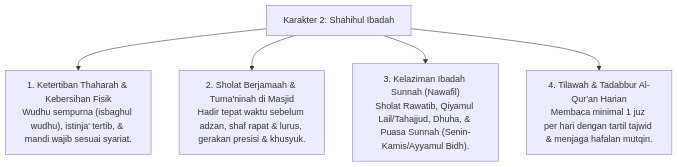
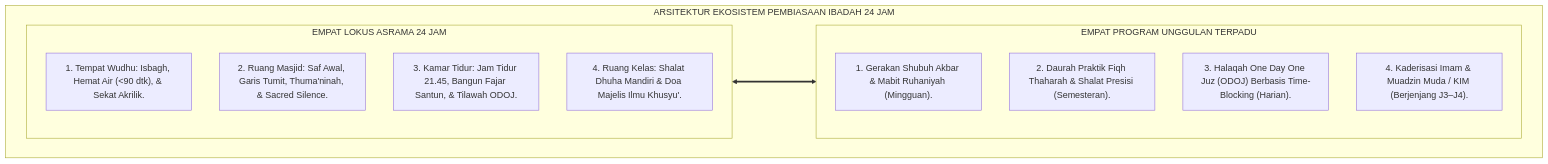
Before and after one commit to wandiapriliyandi/tumbuh: the fifth of 7 diagrams in 03 Capacity Framework/05 Shahihul Ibadah/P3-05-Shahihul-Ibadah-Induk.md, drawn with Mermaid. The commit also changed other lines of this file and 15 other files, not shown here.

Commit message:
docs(domain-05): complete comprehensive research monographs for 05 Shahihul Ibadah (14 sub-modules + master doc + README)

````diff
--- a/03 Capacity Framework/05 Shahihul Ibadah/P3-05-Shahihul-Ibadah-Induk.md
+++ b/03 Capacity Framework/05 Shahihul Ibadah/P3-05-Shahihul-Ibadah-Induk.md
@@ -10,9 +174,21 @@
 ```mermaid
-graph TD
-    Ibadah["Karakter 2: Shahihul Ibadah"]
-    
-    Ibadah --> D1["1. Ketertiban Thaharah & Kebersihan Fisik<br/>Wudhu sempurna (isbaghul wudhu), istinja' tertib, & mandi wajib sesuai syariat."]
-    Ibadah --> D2["2. Sholat Berjamaah & Tuma'ninah di Masjid<br/>Hadir tepat waktu sebelum adzan, shaf rapat & lurus, gerakan presisi & khusyuk."]
-    Ibadah --> D3["3. Kelaziman Ibadah Sunnah (Nawafil)<br/>Sholat Rawatib, Qiyamul Lail/Tahajjud, Dhuha, & Puasa Sunnah (Senin-Kamis/Ayyamul Bidh)."]
-    Ibadah --> D4["4. Tilawah & Tadabbur Al-Qur'an Harian<br/>Membaca minimal 1 juz per hari dengan tartil tajwid & menjaga hafalan mutqin."]
+flowchart TD
+    subgraph EkosistemPembiasaan24JamTUMBUH["ARSITEKTUR EKOSISTEM PEMBIASAAN IBADAH 24 JAM"]
+        
+        subgraph EmpatLokus["EMPAT LOKUS ASRAMA 24 JAM"]
+            L1["1. Tempat Wudhu: Isbagh, Hemat Air (<90 dtk), & Sekat Akrilik."]
+            L2["2. Ruang Masjid: Saf Awal, Garis Tumit, Thuma'ninah, & Sacred Silence."]
+            L3["3. Kamar Tidur: Jam Tidur 21.45, Bangun Fajar Santun, & Tilawah ODOJ."]
+            L4["4. Ruang Kelas: Shalat Dhuha Mandiri & Doa Majelis Ilmu Khusyu'."]
+        end
+        
+        subgraph EmpatProgram["EMPAT PROGRAM UNGGULAN TERPADU"]
+            P1_["1. Gerakan Shubuh Akbar & Mabit Ruhaniyah (Mingguan)."]
+            P2_["2. Daurah Praktik Fiqh Thaharah & Shalat Presisi (Semesteran)."]
+            P3_["3. Halaqah One Day One Juz (ODOJ) Berbasis Time-Blocking (Harian)."]
+            P4_["4. Kaderisasi Imam & Muadzin Muda / KIM (Berjenjang J3–J4)."]
+        end
+        
+        EmpatLokus <===> EmpatProgram
+    end
 ```
````
